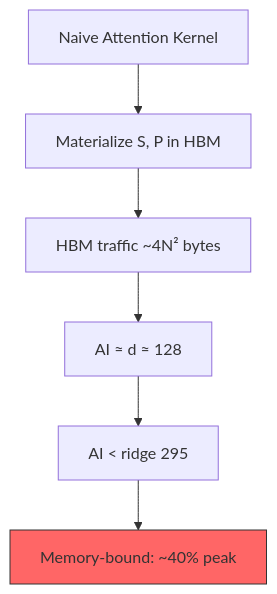
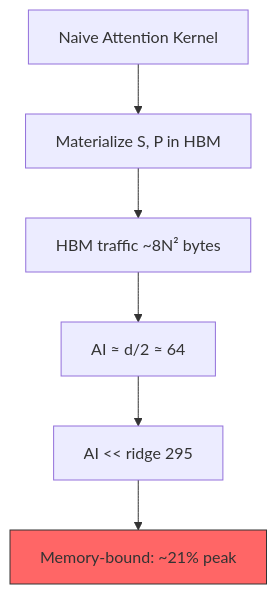
Before and after one commit to Wty2003328/ai_infra_intro: the first of 8 diagrams in ai_infra/L5_Kernels_and_Programming/FlashAttention_Deep_Dive.md, drawn with Mermaid. The commit also changed other lines of this file and 62 other files, not shown here.

````diff
--- a/ai_infra/L5_Kernels_and_Programming/FlashAttention_Deep_Dive.md
+++ b/ai_infra/L5_Kernels_and_Programming/FlashAttention_Deep_Dive.md
@@ -54,9 +54,9 @@
 ```mermaid
 graph TD
     A[Naive Attention Kernel] --> B["Materialize S, P in HBM"]
-    B --> C["HBM traffic ~4N² bytes"]
-    C --> D["AI ≈ d ≈ 128"]
-    D --> E["AI < ridge 295"]
-    E --> F["Memory-bound: ~40% peak"]
+    B --> C["HBM traffic ~8N² bytes"]
+    C --> D["AI ≈ d/2 ≈ 64"]
+    D --> E["AI << ridge 295"]
+    E --> F["Memory-bound: ~21% peak"]
     style F fill:#f66,stroke:#333
 ```
````
